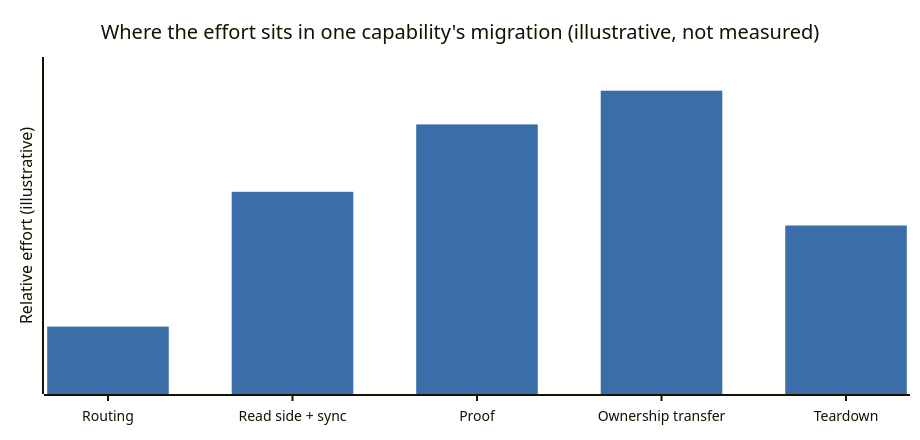
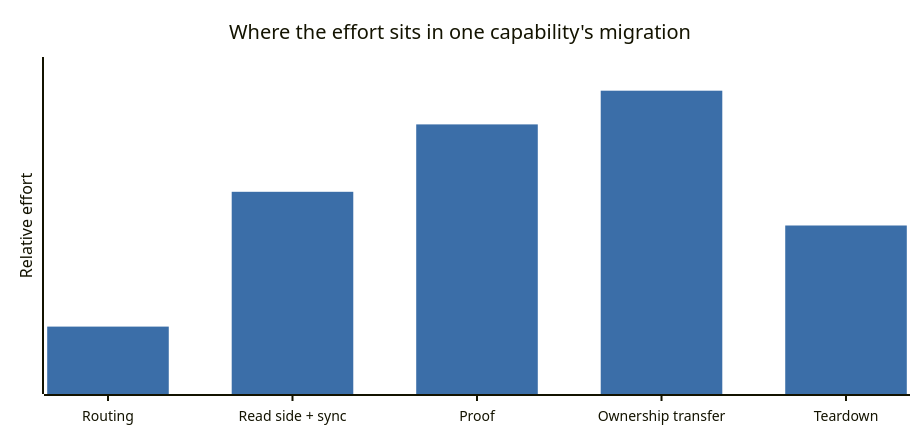
One commit to wallaceespindola/legacy-modernization-patterns changed the diagram in docs/articles/medium/diagrams/effort-over-migration.mmd. Above: the diagram before and after it, drawn with Mermaid. The commit also changed 3 other files, not shown here.

First line of the commit message:
Drop the illustrative-not-measured wording from the Medium chart

```diff
--- a/docs/articles/medium/diagrams/effort-over-migration.mmd
+++ b/docs/articles/medium/diagrams/effort-over-migration.mmd
@@ -1,17 +1,17 @@
 ---
 config:
   xyChart:
     width: 900
     height: 420
     yAxis:
       showLabel: false
       showTick: false
   themeVariables:
     xyChart:
       plotColorPalette: "#3b6ea8"
 ---
 xychart-beta
-    title "Where the effort sits in one capability's migration (illustrative, not measured)"
+    title "Where the effort sits in one capability's migration"
     x-axis ["Routing", "Read side + sync", "Proof", "Ownership transfer", "Teardown"]
-    y-axis "Relative effort (illustrative)" 0 --> 10
+    y-axis "Relative effort" 0 --> 10
     bar [2, 6, 8, 9, 5]
```
